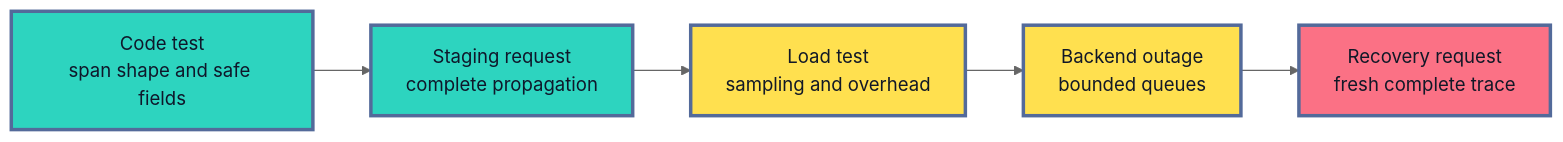
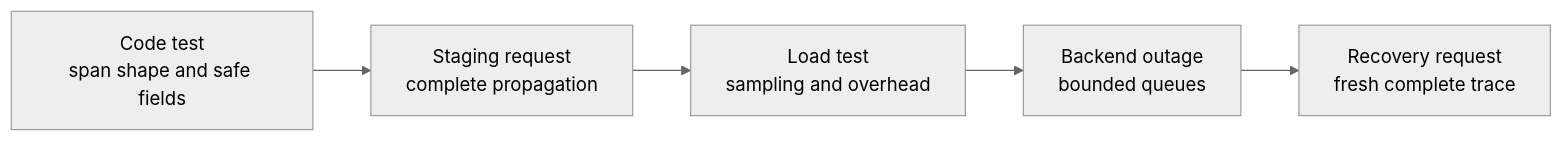
Before and after one commit to senlinyy/dev-roadmaps: diagram 11 of 11 in roadmaps/mlops/modules/monitoring-and-feedback/system-observability/03-tracing-ml-services.md, drawn with Mermaid (neutral theme). The commit also changed other lines of this file and 152 other files, not shown here.

Commit message:
feat: mlops and diagrams updated

````diff
--- a/roadmaps/mlops/modules/monitoring-and-feedback/system-observability/03-tracing-ml-services.md
+++ b/roadmaps/mlops/modules/monitoring-and-feedback/system-observability/03-tracing-ml-services.md
@@ -767,14 +743,11 @@
 ```mermaid
 flowchart LR
     A["Code test<br/>span shape and safe fields"] --> B["Staging request<br/>complete propagation"]
     B --> C["Load test<br/>sampling and overhead"]
     C --> D["Backend outage<br/>bounded queues"]
     D --> E["Recovery request<br/>fresh complete trace"]
 
-    classDef normal fill:#2DD4BF,stroke:#536A9A,stroke-width:3px,color:#0F172A
-    classDef stress fill:#FFE04F,stroke:#536A9A,stroke-width:3px,color:#111827
-    classDef recovery fill:#FB7185,stroke:#536A9A,stroke-width:3px,color:#111827
     class A,B normal
     class C,D stress
     class E recovery
 ```
````
